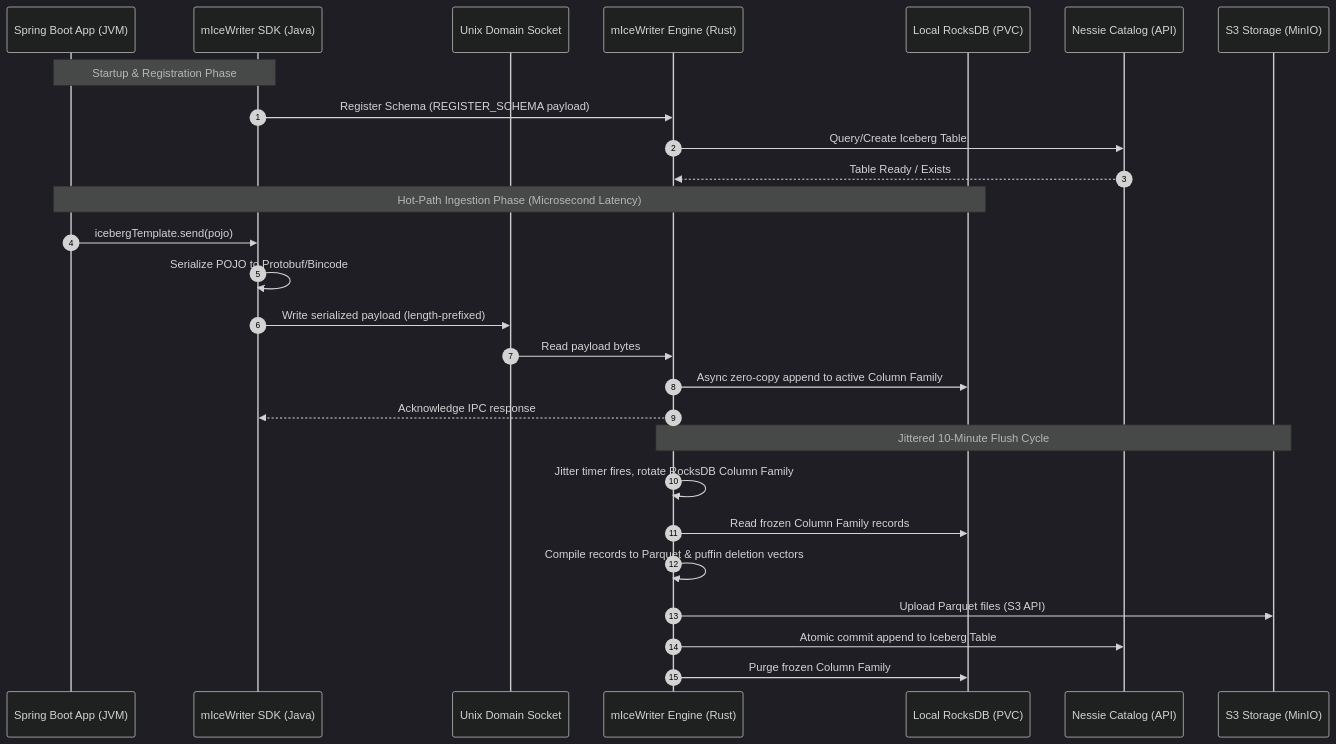
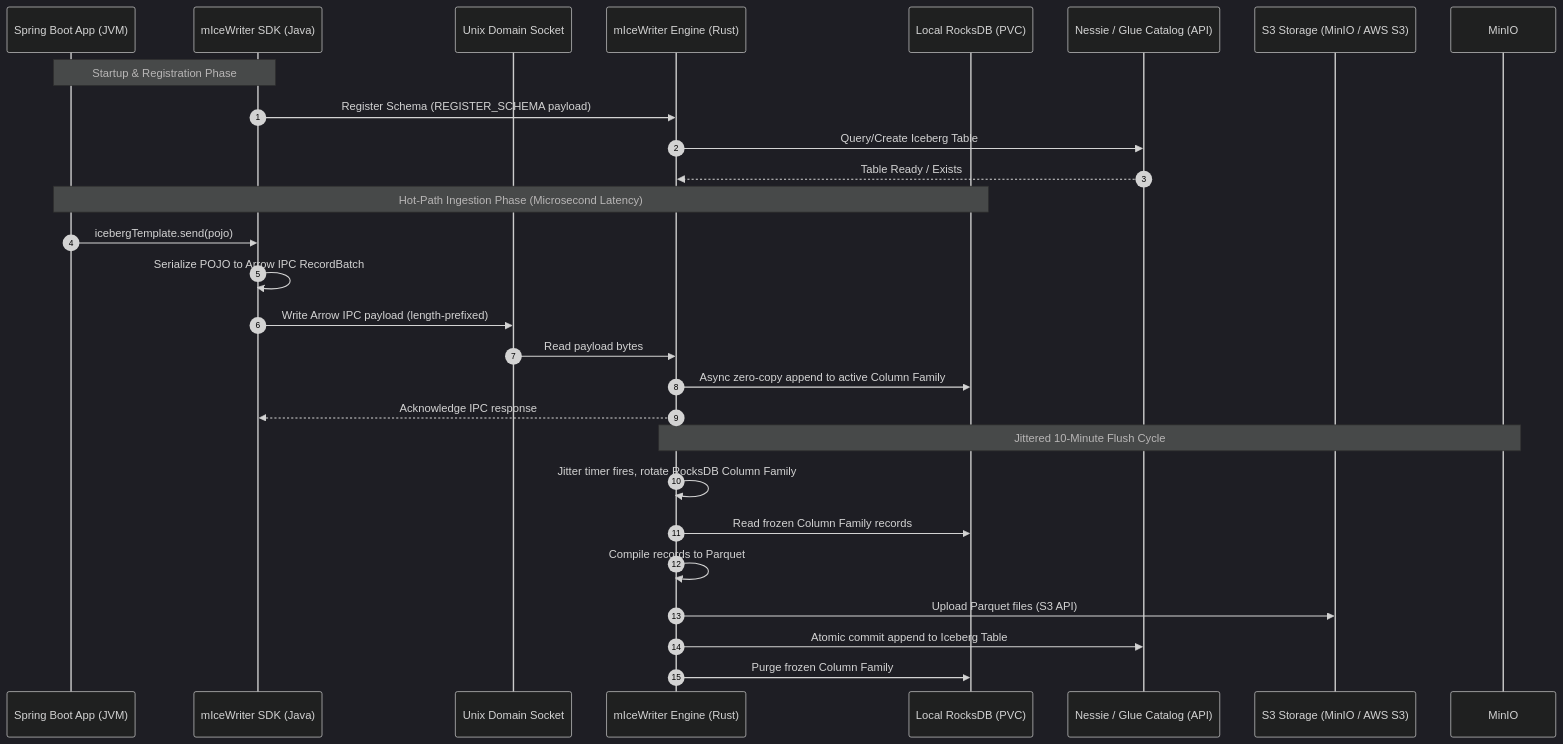
The diagram in docs/system-overview.md (markovarghese/micewriter-hub), drawn with Mermaid (dark theme) before and after one commit. The commit also changed other lines of this file and 3 other files, not shown here.

Commit message:
docs: add system overview, engine, and SDK documentation and update architecture diagrams in README

````diff
--- a/docs/system-overview.md
+++ b/docs/system-overview.md
@@ -13,32 +13,32 @@
 ```mermaid
 sequenceDiagram
     autonumber
     participant App as Spring Boot App (JVM)
     participant SDK as mIceWriter SDK (Java)
     participant UDS as Unix Domain Socket
     participant Engine as mIceWriter Engine (Rust)
     participant RocksDB as Local RocksDB (PVC)
-    participant Nessie as Nessie Catalog (API)
-    participant MinIO as S3 Storage (MinIO)
+    participant Catalog as Nessie / Glue Catalog (API)
+    participant ObjectStore as S3 Storage (MinIO / AWS S3)
 
     Note over App,SDK: Startup & Registration Phase
     SDK->>Engine: Register Schema (REGISTER_SCHEMA payload)
-    Engine->>Nessie: Query/Create Iceberg Table
-    Nessie-->>Engine: Table Ready / Exists
+    Engine->>Catalog: Query/Create Iceberg Table
+    Catalog-->>Engine: Table Ready / Exists
 
     Note over App,RocksDB: Hot-Path Ingestion Phase (Microsecond Latency)
     App->>SDK: icebergTemplate.send(pojo)
-    SDK->>SDK: Serialize POJO to Protobuf/Bincode
-    SDK->>UDS: Write serialized payload (length-prefixed)
+    SDK->>SDK: Serialize POJO to Arrow IPC RecordBatch
+    SDK->>UDS: Write Arrow IPC payload (length-prefixed)
     UDS->>Engine: Read payload bytes
     Engine->>RocksDB: Async zero-copy append to active Column Family
     Engine-->>SDK: Acknowledge IPC response
 
     Note over Engine,MinIO: Jittered 10-Minute Flush Cycle
     Engine->>Engine: Jitter timer fires, rotate RocksDB Column Family
     Engine->>RocksDB: Read frozen Column Family records
-    Engine->>Engine: Compile records to Parquet & puffin deletion vectors
-    Engine->>MinIO: Upload Parquet files (S3 API)
-    Engine->>Nessie: Atomic commit append to Iceberg Table
+    Engine->>Engine: Compile records to Parquet
+    Engine->>ObjectStore: Upload Parquet files (S3 API)
+    Engine->>Catalog: Atomic commit append to Iceberg Table
     Engine->>RocksDB: Purge frozen Column Family
 ```
````
